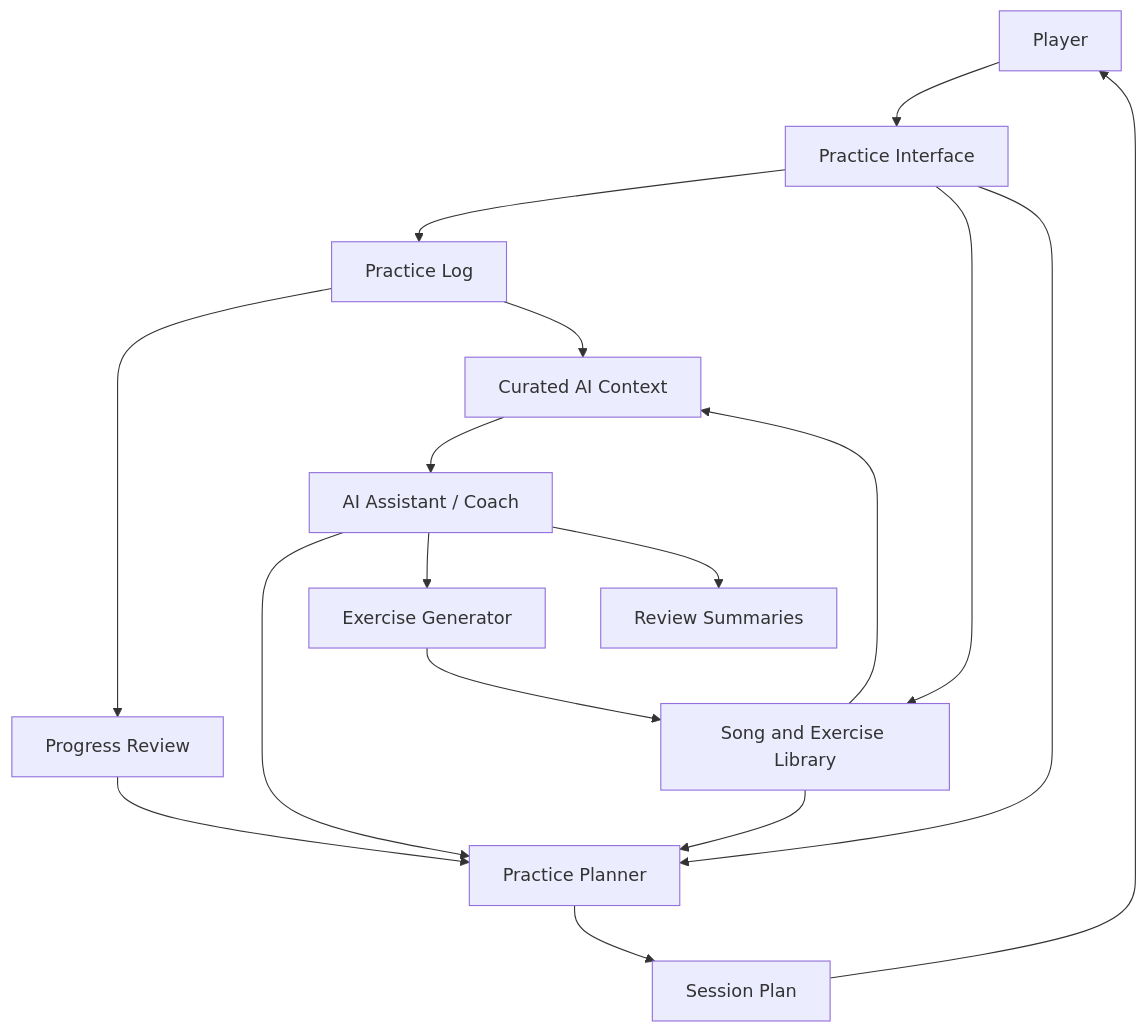
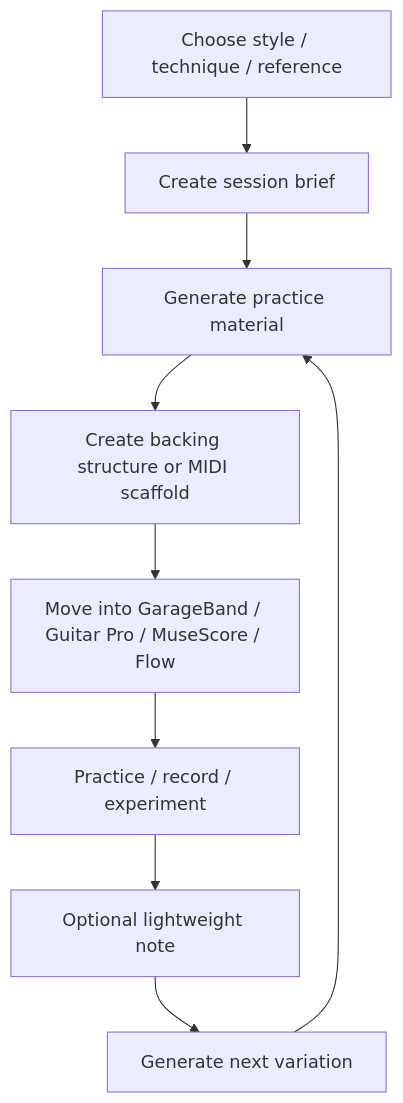
One commit to ryjen/guitar-practice-system changed the diagram in README.md. Above: the diagram before and after it, drawn with Mermaid. The commit also changed other lines of this file, not shown here.

Commit message:
Reframe README around practice material generation

````diff
--- a/README.md
+++ b/README.md
@@ -38,24 +55,11 @@
 ```mermaid
 flowchart TD
-    User[Player] --> UI[Practice Interface]
-    UI --> PracticeLog[Practice Log]
-    UI --> Library[Song and Exercise Library]
-    UI --> Planner[Practice Planner]
-
-    PracticeLog --> Progress[Progress Review]
-    Library --> Planner
-    Progress --> Planner
-
-    Planner --> SessionPlan[Session Plan]
-    SessionPlan --> User
-
-    AI[AI Assistant / Coach] --> Planner
-    AI --> ExerciseGen[Exercise Generator]
-    AI --> Review[Review Summaries]
-
-    PracticeLog --> AIContext[Curated AI Context]
-    Library --> AIContext
-    AIContext --> AI
-
-    ExerciseGen --> Library
+    A[Choose style / technique / reference] --> B[Create session brief]
+    B --> C[Generate practice material]
+    C --> D[Create backing structure or MIDI scaffold]
+    D --> E[Move into GarageBand / Guitar Pro / MuseScore / Flow]
+    E --> F[Practice / record / experiment]
+    F --> G[Optional lightweight note]
+    G --> H[Generate next variation]
+    H --> C
 ```
````
